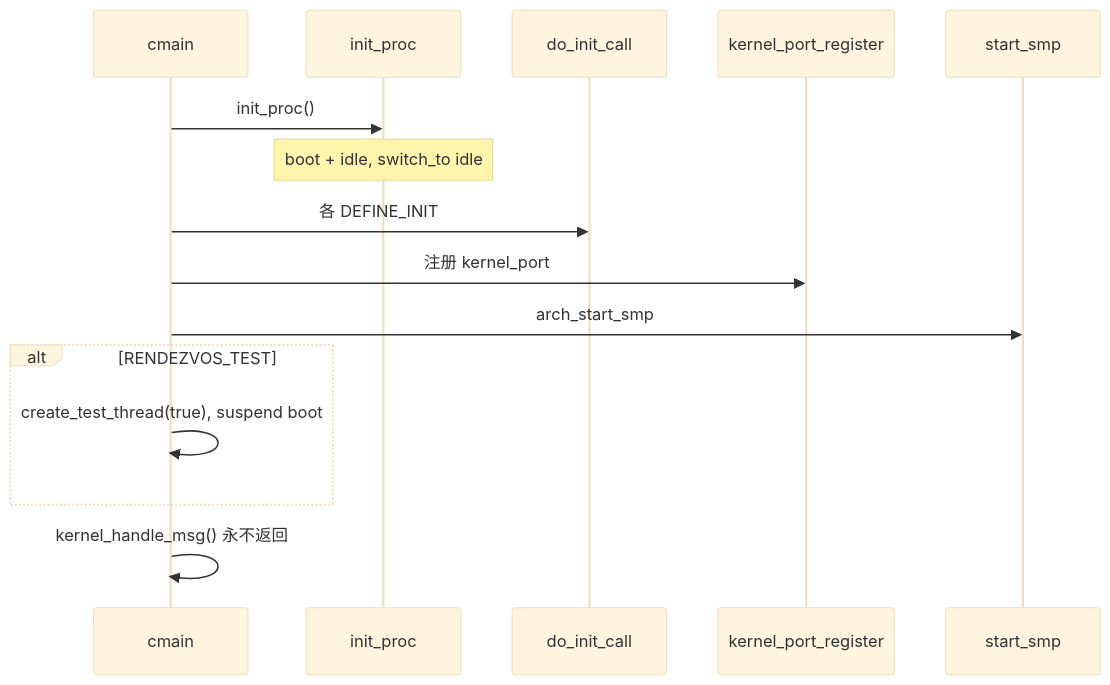
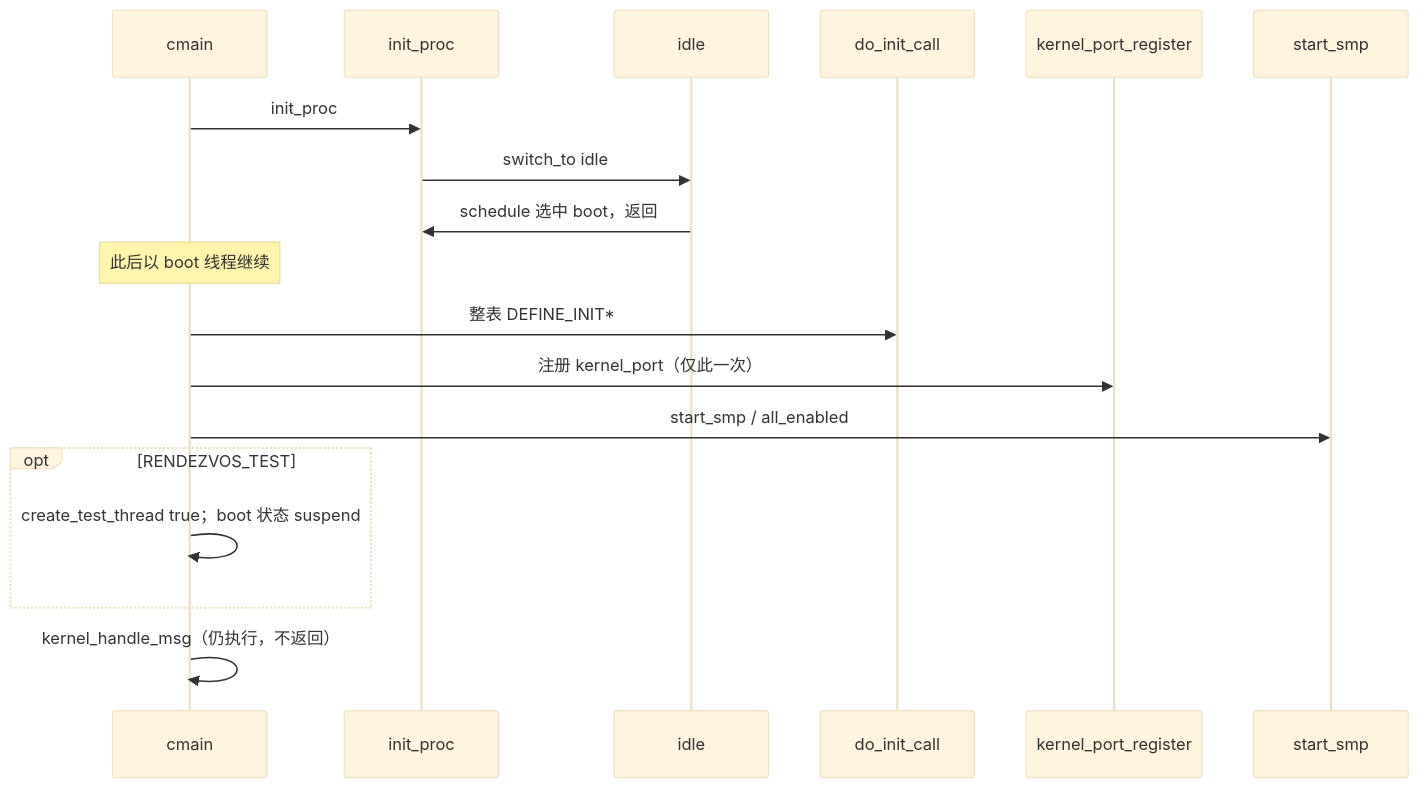
The diagram in docs/v0.1/full/01-启动与初始化/模块初始化与内核入口.md (ZhiyuanSue/RendezvOS), drawn with Mermaid (base theme) before and after one commit. The commit also changed other lines of this file and 49 other files, not shown here.

````diff
--- a/docs/v0.1/full/01-启动与初始化/模块初始化与内核入口.md
+++ b/docs/v0.1/full/01-启动与初始化/模块初始化与内核入口.md
@@ -92,18 +90,21 @@
 ```mermaid
 sequenceDiagram
   participant M as cmain
   participant I as init_proc
+  participant Idle as idle
   participant D as do_init_call
   participant P as kernel_port_register
   participant S as start_smp
 
-  M->>I: init_proc()
-  Note over I: boot + idle, switch_to idle
-  M->>D: 各 DEFINE_INIT
-  M->>P: 注册 kernel_port
-  M->>S: arch_start_smp
-  alt RENDEZVOS_TEST
-    M->>M: create_test_thread(true), suspend boot
+  M->>I: init_proc
+  I->>Idle: switch_to idle
+  Idle->>I: schedule 选中 boot，返回
+  Note over M: 此后以 boot 线程继续
+  M->>D: 整表 DEFINE_INIT*
+  M->>P: 注册 kernel_port（仅此一次）
+  M->>S: start_smp / all_enabled
+  opt RENDEZVOS_TEST
+    M->>M: create_test_thread true；boot 状态 suspend
   end
-  M->>M: kernel_handle_msg() 永不返回
+  M->>M: kernel_handle_msg（仍执行，不返回）
 ```
````
